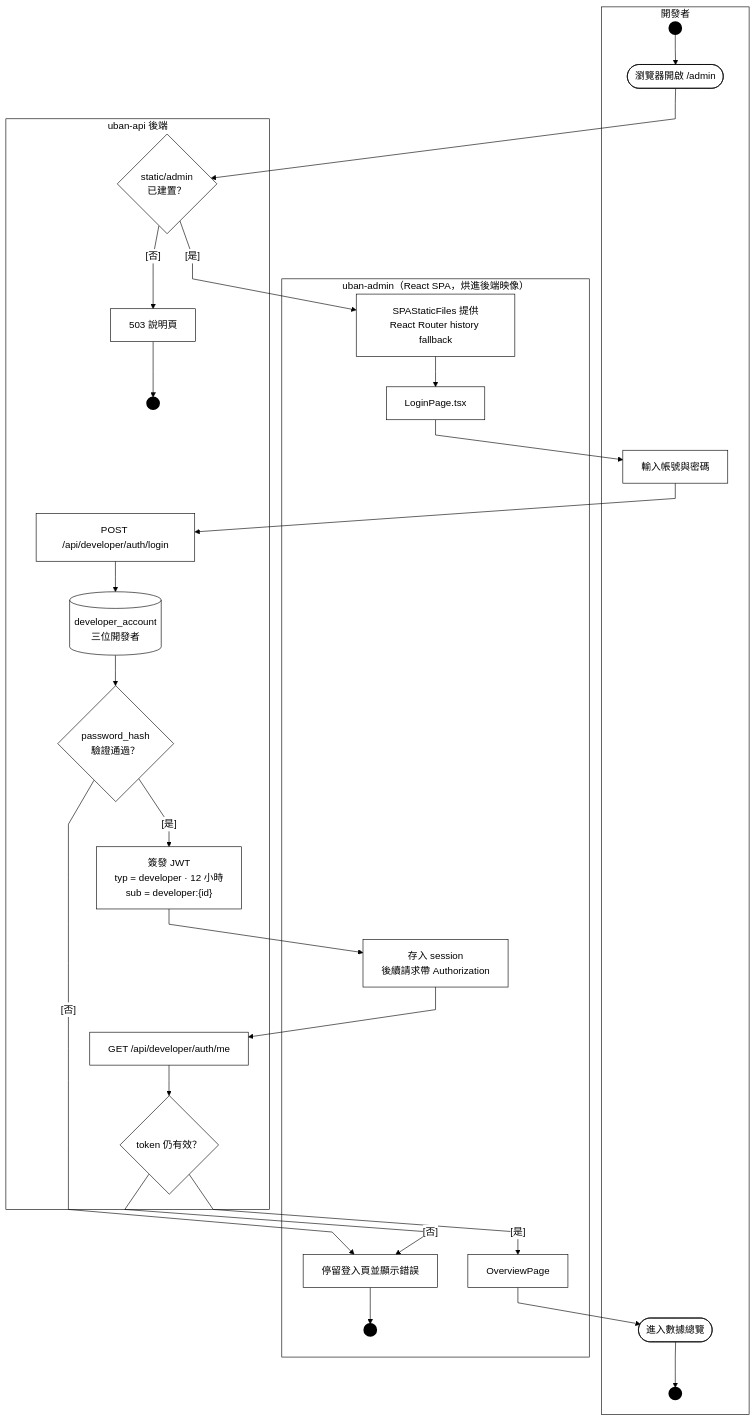
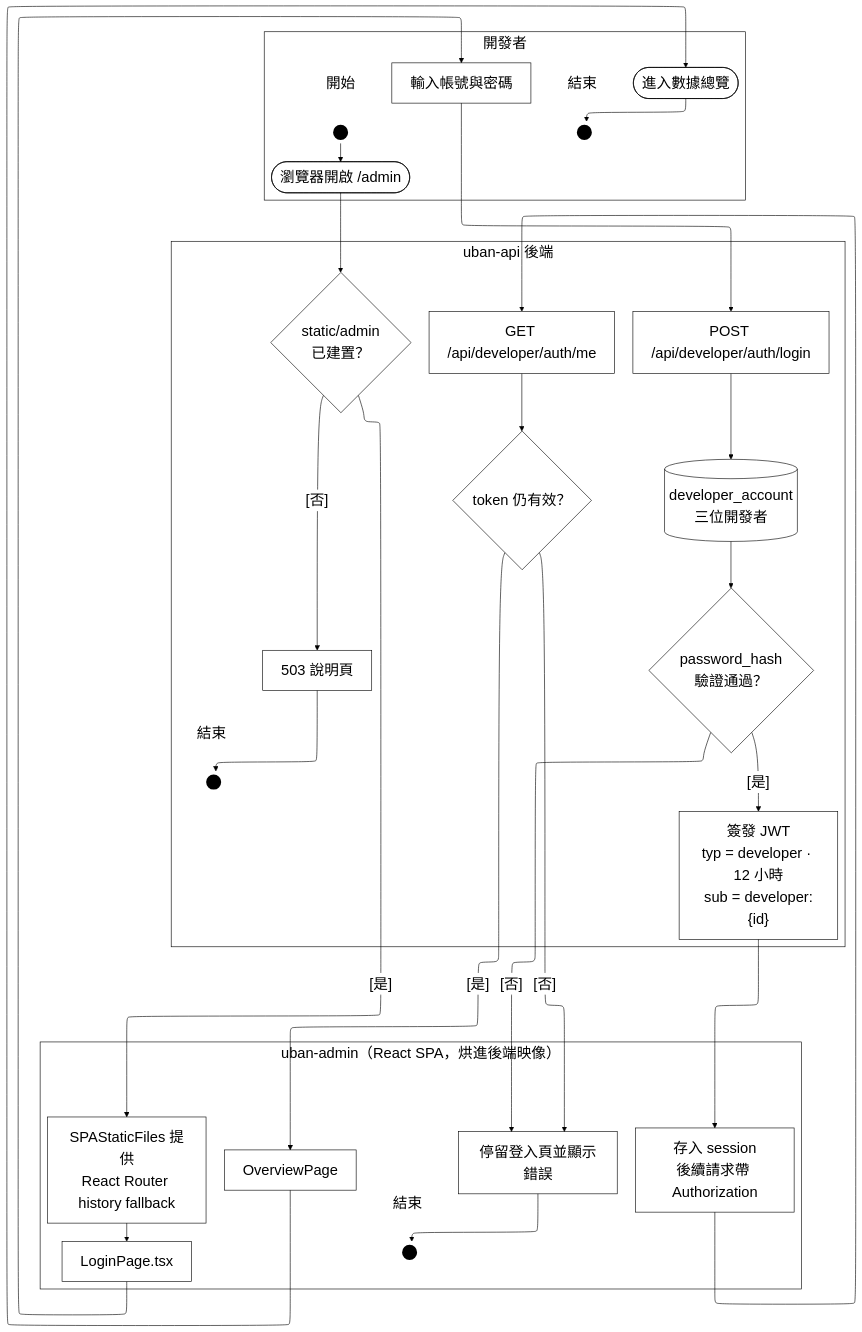
Before and after one commit to HuangYu-Kai/Uban: the diagram in Uban System Documents/mermaid原始碼/A23-開發者登入.mmd, drawn with Mermaid. The commit also changed 37 other files, not shown here.

First line of the commit message:
圖表：改用 ELK 正交路由、字體放大到 24px、起訖點加上開始與結束標註

```diff
--- a/Uban System Documents/mermaid原始碼/A23-開發者登入.mmd
+++ b/Uban System Documents/mermaid原始碼/A23-開發者登入.mmd
@@ -1,54 +1,65 @@
-%%{init:{"flowchart":{"curve":"linear","htmlLabels":true},"themeVariables":{"clusterBkg":"#FFFFFF","clusterBorder":"#000000","edgeLabelBackground":"#FFFFFF","textColor":"#000000","nodeTextColor":"#000000","titleColor":"#000000","lineColor":"#000000"}}}%%
+%%{init:{"layout":"elk","elk":{"mergeEdges":false},"flowchart":{"htmlLabels":true},"themeVariables":{"clusterBkg":"#FFFFFF","clusterBorder":"#000000","edgeLabelBackground":"#FFFFFF","textColor":"#000000","nodeTextColor":"#000000","titleColor":"#000000","lineColor":"#000000","fontSize":"24px"}}}%%
 flowchart TD
   subgraph ROLE["開發者"]
+    LS_S1["開始"]:::lbl
     ST_S1(("&nbsp;")):::term
     S1([瀏覽器開啟 /admin]):::act
     S2["輸入帳號與密碼"]:::act
     S3(["進入數據總覽"]):::act
+    LE_S3["結束"]:::lbl
     EN_S3(("&nbsp;")):::term
   end
   subgraph FE["uban-admin（React SPA，烘進後端映像）"]
     A1["SPAStaticFiles 提供<br/>React Router history fallback"]:::act
     A2["LoginPage.tsx"]:::act
     A3["存入 session<br/>後續請求帶 Authorization"]:::act
     A4["停留登入頁並顯示錯誤"]:::act
+    LE_A4["結束"]:::lbl
     EN_A4(("&nbsp;")):::term
     A5["OverviewPage"]:::act
   end
   subgraph BE["uban-api 後端"]
     B0{"static/admin<br/>已建置？"}:::dec
     B1["503 說明頁"]:::act
+    LE_B1["結束"]:::lbl
     EN_B1(("&nbsp;")):::term
     B2["POST /api/developer/auth/login"]:::act
     B3{"password_hash<br/>驗證通過？"}:::dec
     B4["簽發 JWT<br/>typ = developer · 12 小時<br/>sub = developer:{id}"]:::act
     B5["GET /api/developer/auth/me"]:::act
     B6{"token 仍有效？"}:::dec
     DB[("developer_account<br/>三位開發者")]:::act
   end
 
+  LS_S1 ~~~ ST_S1
   ST_S1 --> S1
   S1 --> B0
   B0 -->|"[否]"| B1
   B0 -->|"[是]"| A1
   A1 --> A2
   A2 --> S2
   S2 --> B2
   B2 --> DB
   DB --> B3
   B3 -->|"[否]"| A4
   B3 -->|"[是]"| B4
   B4 --> A3
   A3 --> B5
   B5 --> B6
   B6 -->|"[否]"| A4
   B6 -->|"[是]"| A5
   A5 --> S3
   S3 --> EN_S3
+  LE_S3 ~~~ EN_S3
   A4 --> EN_A4
+  LE_A4 ~~~ EN_A4
   B1 --> EN_B1
+  LE_B1 ~~~ EN_B1
+  %% 鎖住泳道順序：ELK 不照宣告順序排，沒有這條鏈後端會跑到最上面
+  ROLE ~~~ FE ~~~ BE
 
   classDef act  fill:#FFFFFF,stroke:#000000,stroke-width:1px,color:#000000
   classDef dec  fill:#FFFFFF,stroke:#000000,stroke-width:1px,color:#000000
   classDef term fill:#000000,stroke:#000000,stroke-width:3px,color:#000000
   classDef gap  fill:#FFFFFF,stroke:#000000,stroke-width:1px,color:#000000,stroke-dasharray:4 3
+  classDef lbl  fill:none,stroke:none,color:#000000
```
